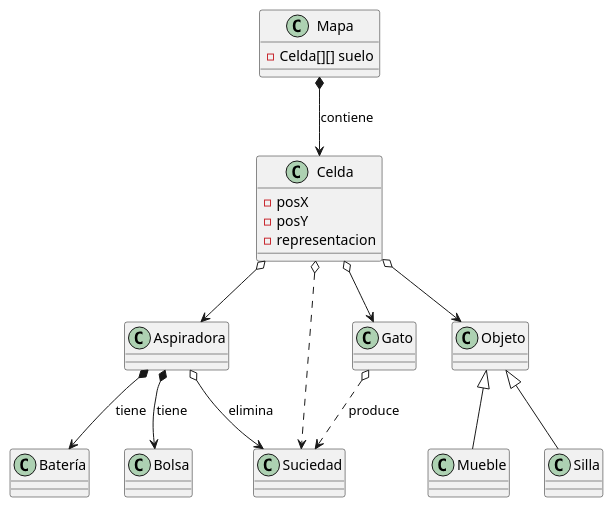
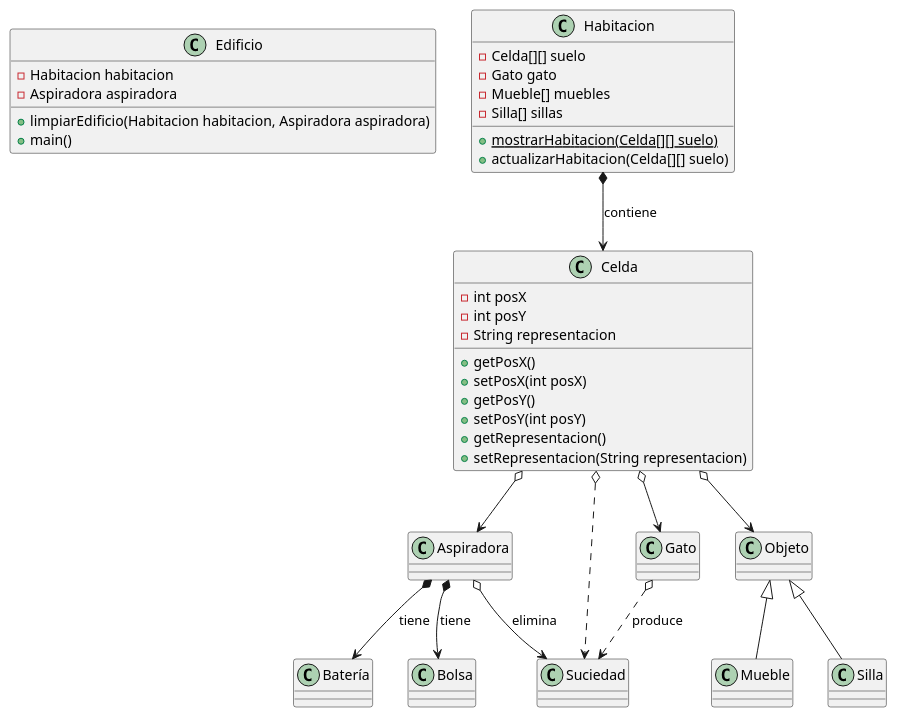
One commit to mmasias/idsw2 changed the diagram in docs/diagramaDeClases.plantuml. Above: the diagram before and after it, drawn with PlantUML. The commit also changed 1 other file, not shown here.

Commit message:
Diagrama de clases empezando a añadir atributos y métodos y un cambio en diagrama de estado de aspiradora

```diff
--- a/docs/diagramaDeClases.plantuml
+++ b/docs/diagramaDeClases.plantuml
@@ -1,35 +1,53 @@
 @startuml
-class Mapa{
+class Edificio {
+    - Habitacion habitacion
+    - Aspiradora aspiradora
+    + limpiarEdificio(Habitacion habitacion, Aspiradora aspiradora)
+    + main()
+}
+
+class Habitacion{
     - Celda[][] suelo
+    - Gato gato
+    - Mueble[] muebles
+    - Silla[] sillas
+    + {static} mostrarHabitacion(Celda[][] suelo)
+    + actualizarHabitacion(Celda[][] suelo)
+}
+class Celda {
+    - int posX
+    - int posY
+    - String representacion
+    + getPosX()
+    + setPosX(int posX)
+    + getPosY()
+    + setPosY(int posY)
+    + getRepresentacion()
+    + setRepresentacion(String representacion)
 }
 class Aspiradora
 class Suciedad
 class Batería
 class Gato
 class Bolsa
 class Objeto
-class Celda {
-    - posX
-    - posY
-    - representacion
-}
 class Mueble
 class Silla
 
-Mapa *--> Celda : contiene
+Habitacion *--> Celda : contiene
 
 Celda o--> Aspiradora 
 Celda o--> Gato 
 Celda o..> Suciedad
 Celda o--> Objeto
 
 Aspiradora o--> Suciedad : elimina
 Aspiradora *--> Bolsa : tiene
 Aspiradora *--> Batería : tiene
 
 Gato o..> Suciedad : produce
 
 Objeto <|-- Mueble
 Objeto <|-- Silla
 
 @enduml
```
